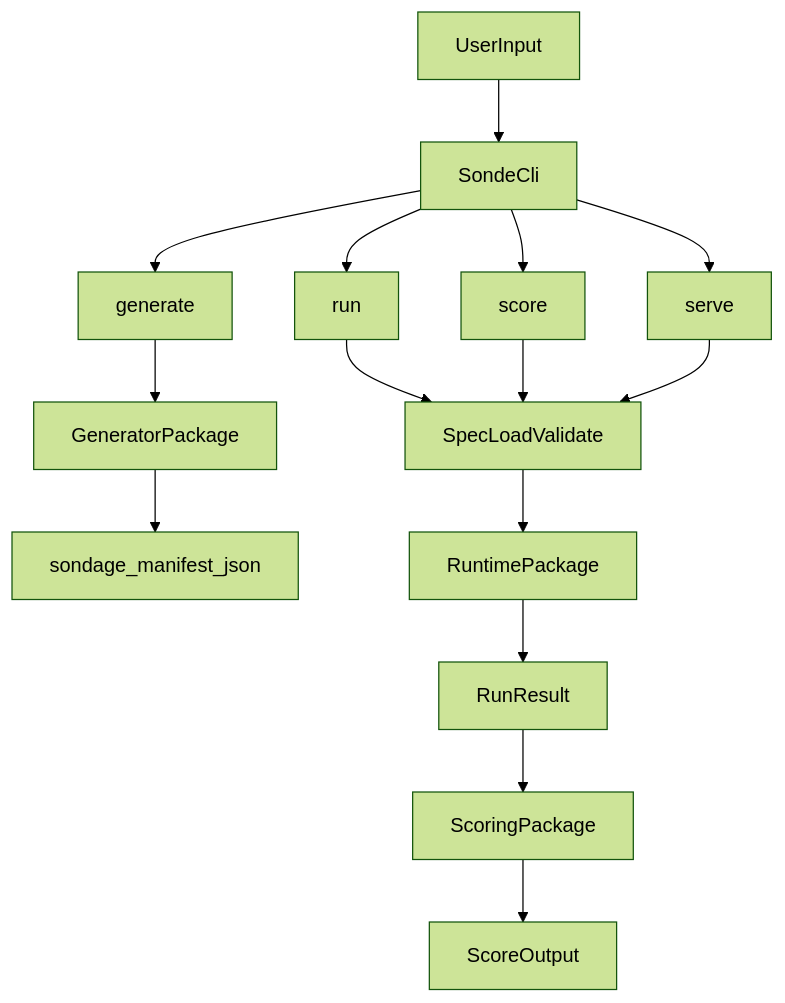
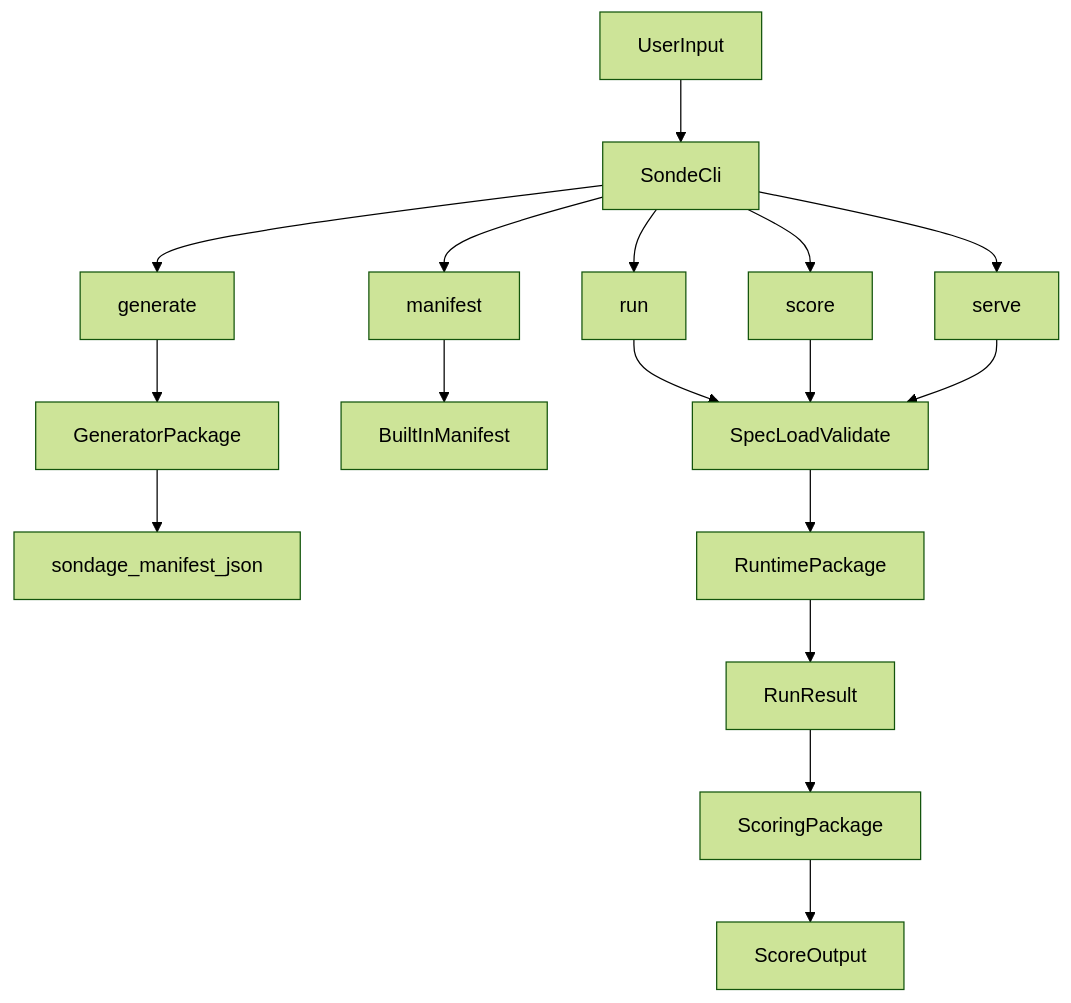
The diagram in apps/web/content/docs/reference-implementation/architecture.mdx (sonde-sh/sonde), drawn with Mermaid (forest theme) before and after one commit. The commit also changed 24 other files, not shown here.

````diff
--- a/apps/web/content/docs/reference-implementation/architecture.mdx
+++ b/apps/web/content/docs/reference-implementation/architecture.mdx
@@ -38,17 +38,19 @@
 ```mermaid
 flowchart TD
   userInput[UserInput] --> sondeCli[SondeCli]
   sondeCli --> generateCmd[generate]
+  sondeCli --> manifestCmd[manifest]
   sondeCli --> runCmd[run]
   sondeCli --> scoreCmd[score]
   sondeCli --> serveCmd[serve]
   generateCmd --> generatorPkg[GeneratorPackage]
+  manifestCmd --> selfManifest[BuiltInManifest]
   generatorPkg --> manifestFile[sondage_manifest_json]
   runCmd --> specPkg[SpecLoadValidate]
   scoreCmd --> specPkg
   serveCmd --> specPkg
   specPkg --> runtimePkg[RuntimePackage]
   runtimePkg --> runResult[RunResult]
   runResult --> scoringPkg[ScoringPackage]
   scoringPkg --> scoreOutput[ScoreOutput]
 ```
````
